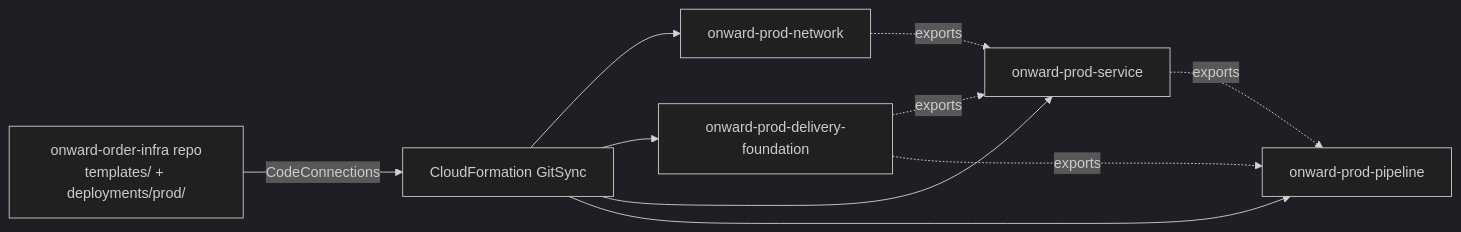
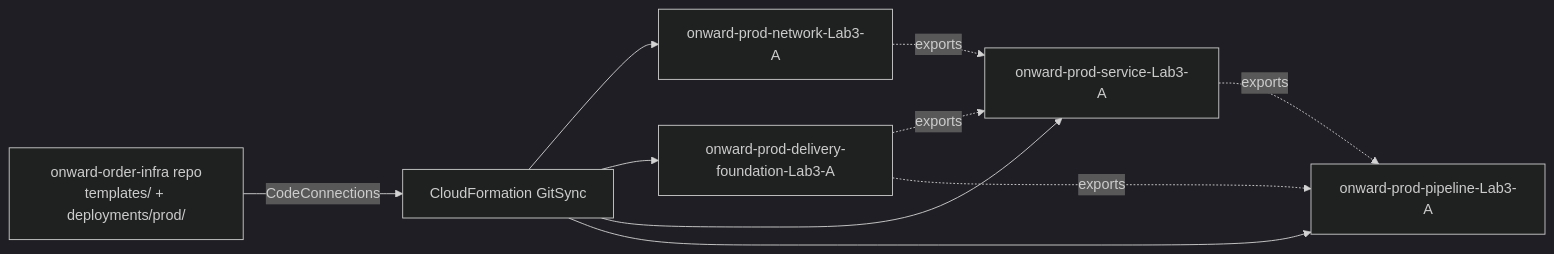
One commit to RUYANGA/AWS-Onward-Order-Infra-Lab3-A changed the third of 3 diagrams in docs/architecture.md. Above: the diagram before and after it, drawn with Mermaid (dark theme). The commit also changed 2 other files, not shown here.

Commit message:
feat(gitsync): add Lab3-A suffix to the synced stack names (#21)
GitSync now creates onward-prod-network-Lab3-A, onward-prod-delivery-foundation-Lab3-A, onward-prod-service-Lab3-A and onward-prod-pipeline-Lab3-A. Docs updated to match.

````diff
--- a/docs/architecture.md
+++ b/docs/architecture.md
@@ -82,12 +82,12 @@
 ```mermaid
 flowchart LR
   infra[onward-order-infra repo<br/>templates/ + deployments/prod/] -->|CodeConnections| gs[CloudFormation GitSync]
-  gs --> n[onward-prod-network]
-  gs --> f[onward-prod-delivery-foundation]
-  gs --> s[onward-prod-service]
-  gs --> p[onward-prod-pipeline]
+  gs --> n[onward-prod-network-Lab3-A]
+  gs --> f[onward-prod-delivery-foundation-Lab3-A]
+  gs --> s[onward-prod-service-Lab3-A]
+  gs --> p[onward-prod-pipeline-Lab3-A]
   n -. exports .-> s
   f -. exports .-> s
   f -. exports .-> p
   s -. exports .-> p
 ```
````
